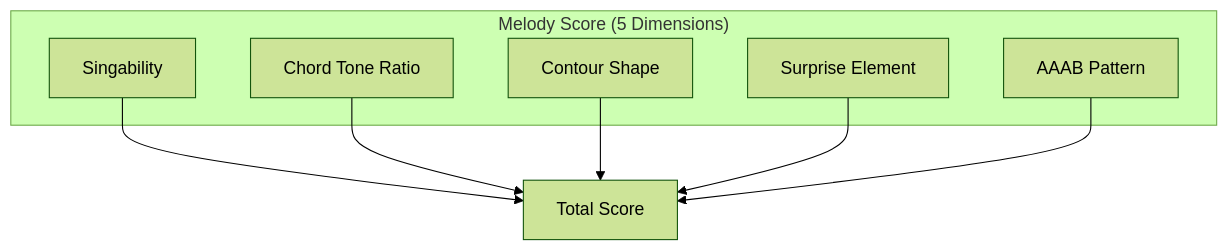
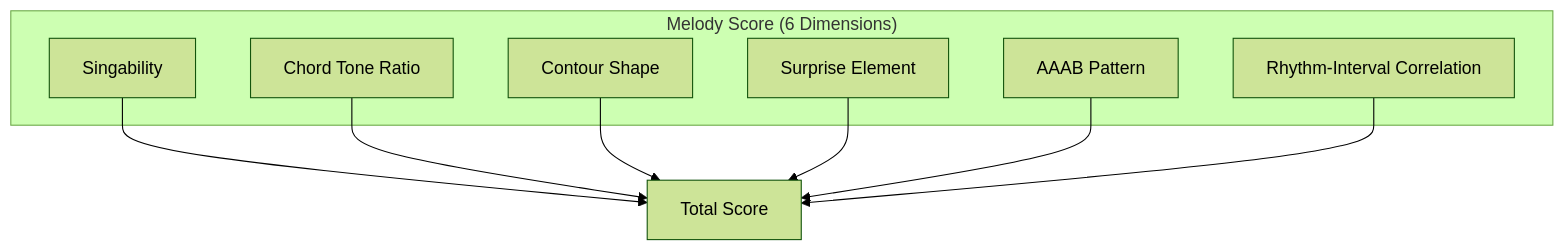
The third of 4 diagrams in src/docs/melody-evaluation.md (libraz/midi-sketch-homepage), drawn with Mermaid (forest theme) before and after one commit. The commit also changed other lines of this file and 9 other files, not shown here.

````diff
--- a/src/docs/melody-evaluation.md
+++ b/src/docs/melody-evaluation.md
@@ -88,16 +88,18 @@
 ```mermaid
 flowchart TB
-    subgraph Scoring ["Melody Score (5 Dimensions)"]
+    subgraph Scoring ["Melody Score (6 Dimensions)"]
         S1[Singability]
         S2[Chord Tone Ratio]
         S3[Contour Shape]
         S4[Surprise Element]
         S5[AAAB Pattern]
+        S6[Rhythm-Interval Correlation]
     end
 
     S1 --> T[Total Score]
     S2 --> T
     S3 --> T
     S4 --> T
     S5 --> T
+    S6 --> T
 ```
````
